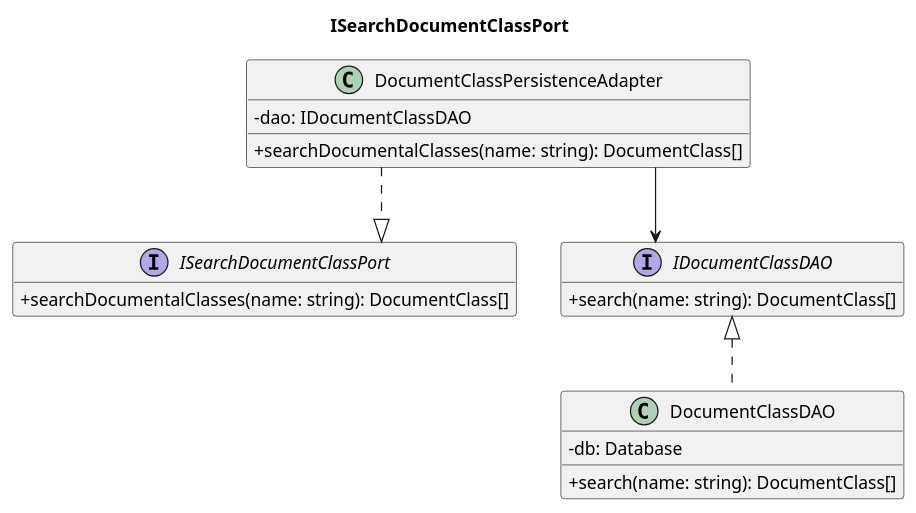
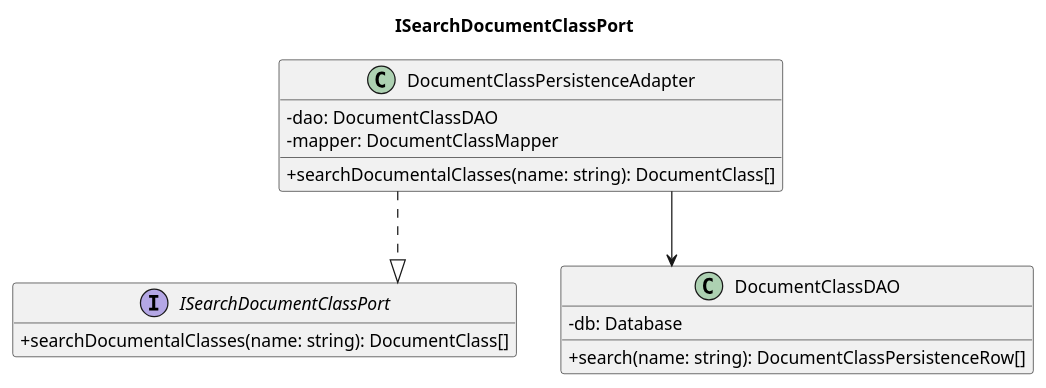
Before and after one commit to 7-ZPUs/Docs: the seventh of 15 diagrams in 3_PB/DocumentiEsterni/DiagrammiSpecificaTecnica/C4/C4_backend_Search.puml, drawn with PlantUML. The commit also changed other lines of this file and 7 other files, not shown here.

```diff
--- a/3_PB/DocumentiEsterni/DiagrammiSpecificaTecnica/C4/C4_backend_Search.puml
+++ b/3_PB/DocumentiEsterni/DiagrammiSpecificaTecnica/C4/C4_backend_Search.puml
@@ -177,27 +177,25 @@
 @startuml
 title ISearchDocumentClassPort
 
 skinparam classAttributeIconSize 0
 skinparam linetype ortho
 hide empty members
 
 interface ISearchDocumentClassPort {
     + searchDocumentalClasses(name: string): DocumentClass[]
 }
 class DocumentClassPersistenceAdapter {
-    - dao: IDocumentClassDAO
+    - dao: DocumentClassDAO
+    - mapper: DocumentClassMapper
     + searchDocumentalClasses(name: string): DocumentClass[]
 }
-interface IDocumentClassDAO {
-    + search(name: string): DocumentClass[]
-}
 
-class DocumentClassDAO implements IDocumentClassDAO {
+class DocumentClassDAO {
     - db: Database
-    + search(name: string): DocumentClass[]
+    + search(name: string): DocumentClassPersistenceRow[]
 }
 
 DocumentClassPersistenceAdapter ..|> ISearchDocumentClassPort
-DocumentClassPersistenceAdapter --> IDocumentClassDAO
+DocumentClassPersistenceAdapter --> DocumentClassDAO
 
 @enduml
```
